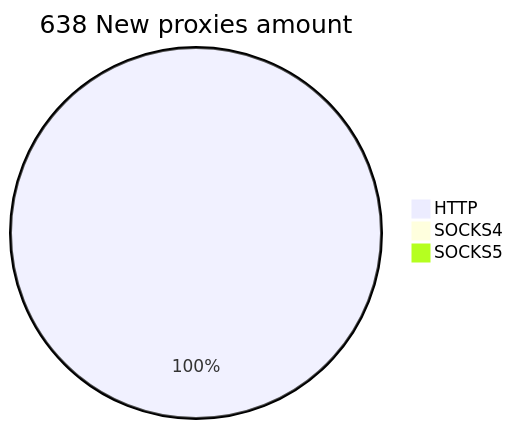
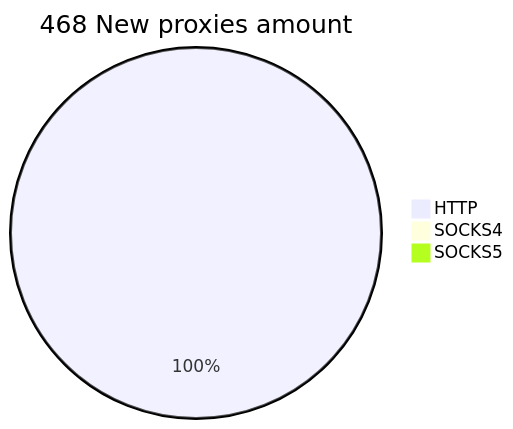
Before and after one commit to cutipu/proxylist: the second of 2 diagrams in README.md, drawn with Mermaid. The commit also changed other lines of this file, not shown here.

````diff
--- a/README.md
+++ b/README.md
@@ -10,6 +10,6 @@
 ```mermaid
-pie title 638 New proxies amount
-    "HTTP" : 639
-    "SOCKS4" : 1
+pie title 468 New proxies amount
+    "HTTP" : 470
+    "SOCKS4" : 0
     "SOCKS5" : 0
 ```
````
